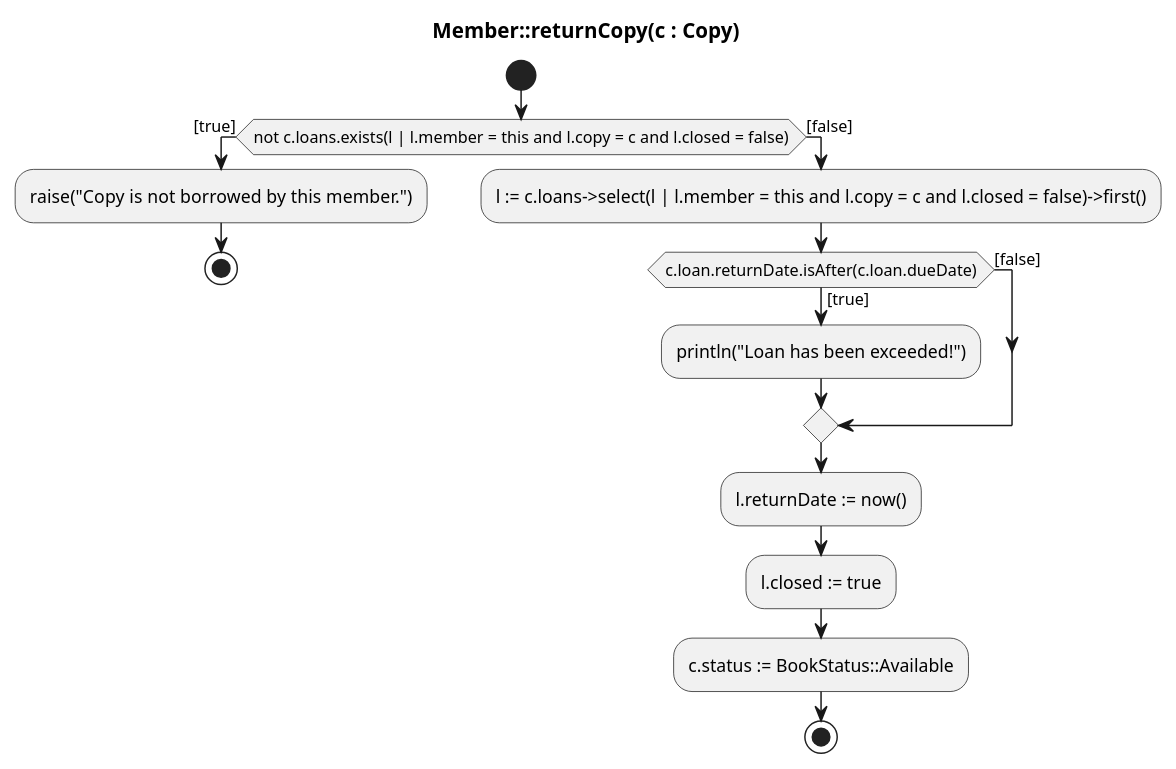
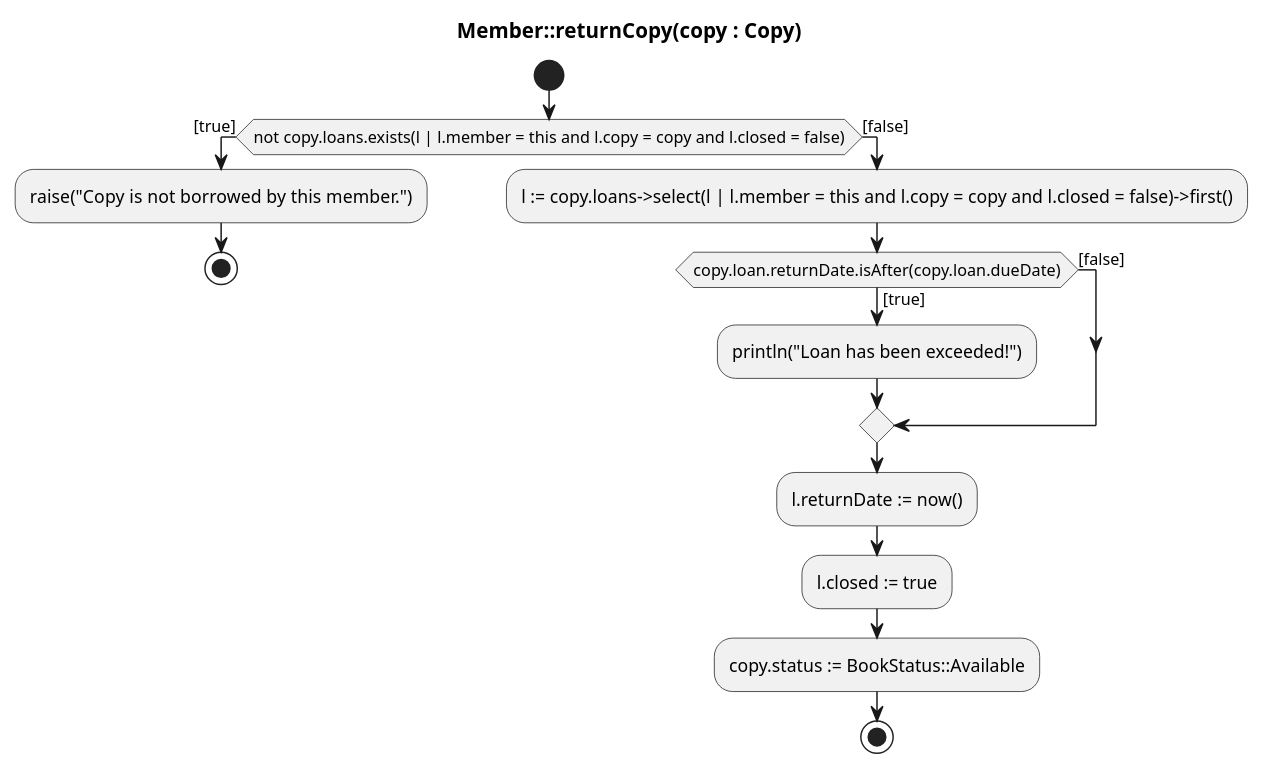
One commit to scx-othr/MoProCo-evaluation changed the diagram in library/classical-uml/return-copy.puml. Above: the diagram before and after it, drawn with PlantUML. The commit also changed 13 other files, not shown here.

```diff
--- a/library/classical-uml/return-copy.puml
+++ b/library/classical-uml/return-copy.puml
@@ -1,18 +1,18 @@
 @startuml
-title Member::returnCopy(c : Copy)
+title Member::returnCopy(copy : Copy)
 
 start
-if (not c.loans.exists(l | l.member = this and l.copy = c and l.closed = false)) then ([true])
+if (not copy.loans.exists(l | l.member = this and l.copy = copy and l.closed = false)) then ([true])
   :raise("Copy is not borrowed by this member.");
   stop
 else ([false])
-    :l := c.loans->select(l | l.member = this and l.copy = c and l.closed = false)->first();
-    if (c.loan.returnDate.isAfter(c.loan.dueDate)) then ([true])
-        :println("Loan has been exceeded!");
-    else ([false])
-    endif
-    :l.returnDate := now();
-    :l.closed := true;
-    :c.status := BookStatus::Available;
+  :l := copy.loans->select(l | l.member = this and l.copy = copy and l.closed = false)->first();
+  if (copy.loan.returnDate.isAfter(copy.loan.dueDate)) then ([true])
+    :println("Loan has been exceeded!");
+  else ([false])
+  endif
+  :l.returnDate := now();
+  :l.closed := true;
+  :copy.status := BookStatus::Available;
 stop
 @enduml
```
